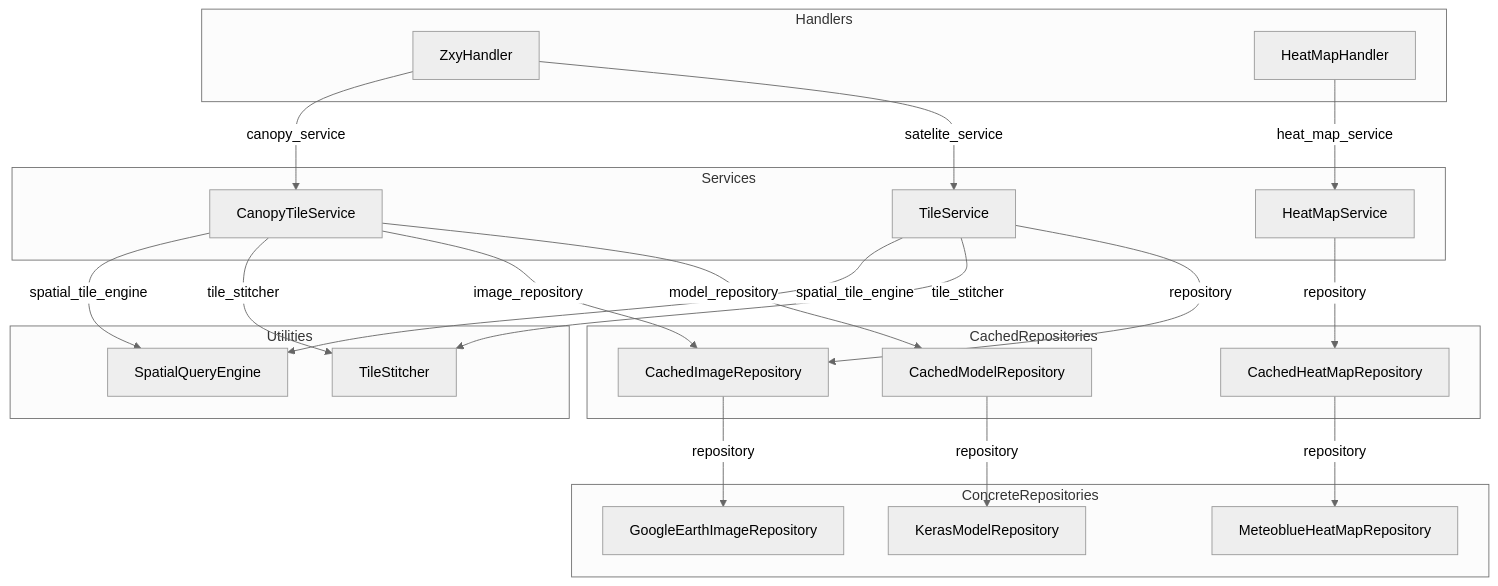
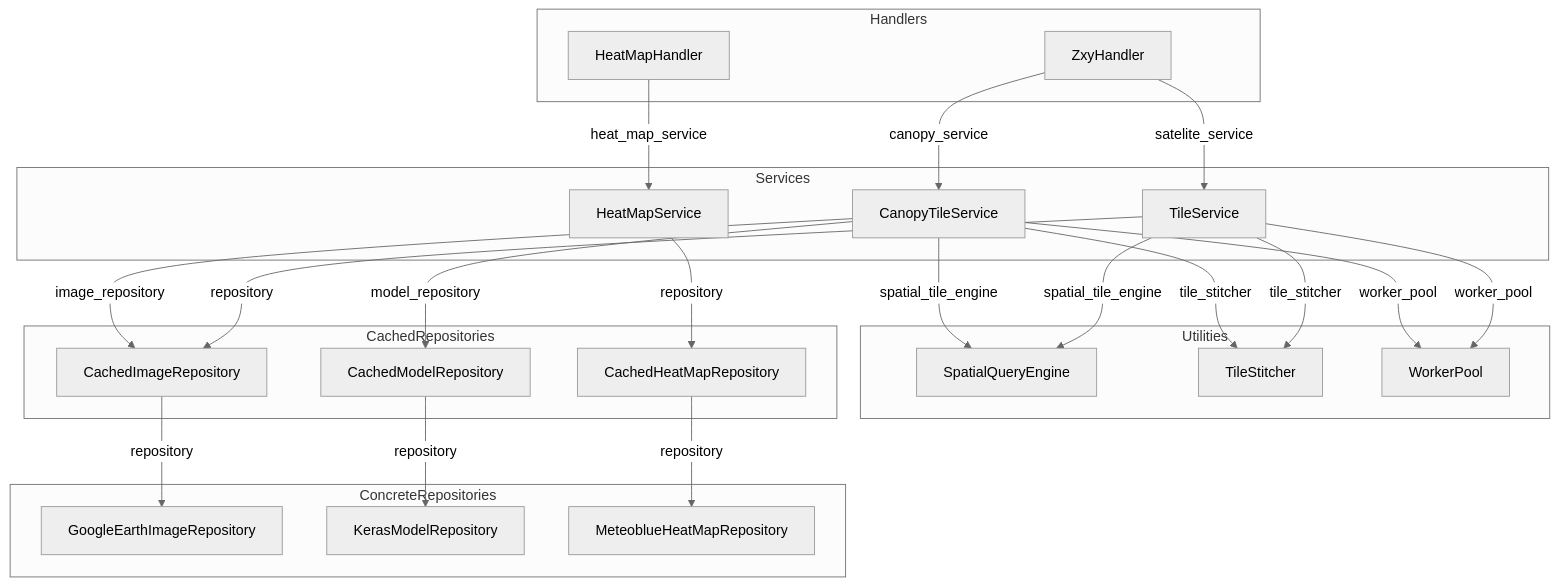
The first of 3 diagrams in README.md (EliasPlesiotis/satelite-canopy-monitor), drawn with Mermaid (neutral theme) before and after one commit. The commit also changed other lines of this file and 4 other files, not shown here.

Commit message:
refactor parrallel image fetching with worker pool

````diff
--- a/README.md
+++ b/README.md
@@ -73,49 +73,52 @@
 ```mermaid
 graph TD
     subgraph Handlers
         ZXY[ZxyHandler]
         HMH[HeatMapHandler]
     end
 
     subgraph Services
         CTS[CanopyTileService]
         TS[TileService]
         HMS[HeatMapService]
     end
 
     subgraph Utilities
         SQE[SpatialQueryEngine]
         TST[TileStitcher]
+        WP[WorkerPool]
     end
 
     subgraph CachedRepositories
         CIR[CachedImageRepository]
         CMR[CachedModelRepository]
         CHR[CachedHeatMapRepository]
     end
 
     subgraph ConcreteRepositories
         GER[GoogleEarthImageRepository]
         KMR[KerasModelRepository]
         MHR[MeteoblueHeatMapRepository]
     end
 
     ZXY -->|canopy_service| CTS
     ZXY -->|satelite_service| TS
     HMH -->|heat_map_service| HMS
 
     CTS -->|spatial_tile_engine| SQE
     CTS -->|tile_stitcher| TST
+    CTS -->|worker_pool| WP
     CTS -->|image_repository| CIR
     CTS -->|model_repository| CMR
 
     TS -->|spatial_tile_engine| SQE
     TS -->|tile_stitcher| TST
+    TS -->|worker_pool| WP
     TS -->|repository| CIR
 
     HMS -->|repository| CHR
 
     CIR -->|repository| GER
     CMR -->|repository| KMR
     CHR -->|repository| MHR
 ```
````
